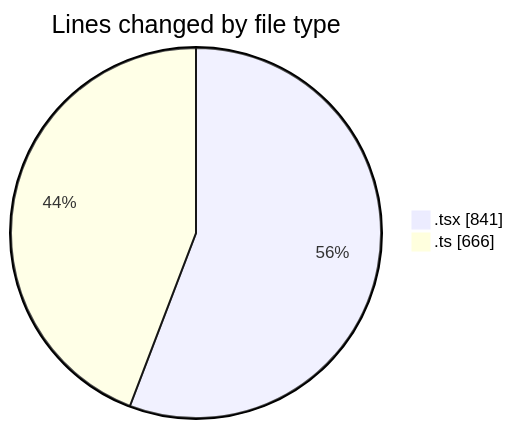
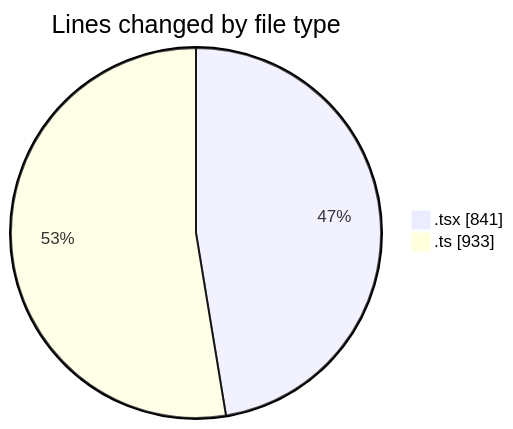
One commit to julien-gomy/code-tracking changed the first of 2 diagrams in 2025-10-15/eventscop-frontend-guide__workspace_/README.md. Above: the diagram before and after it, drawn with Mermaid. The commit also changed other lines of this file and 1 other file, not shown here.

````diff
--- a/2025-10-15/eventscop-frontend-guide__workspace_/README.md
+++ b/2025-10-15/eventscop-frontend-guide__workspace_/README.md
@@ -27,6 +30,6 @@
 ```mermaid
 pie showData
 title Lines changed by file type
 ".tsx" : 841
-".ts" : 666
+".ts" : 933
 ```
````
